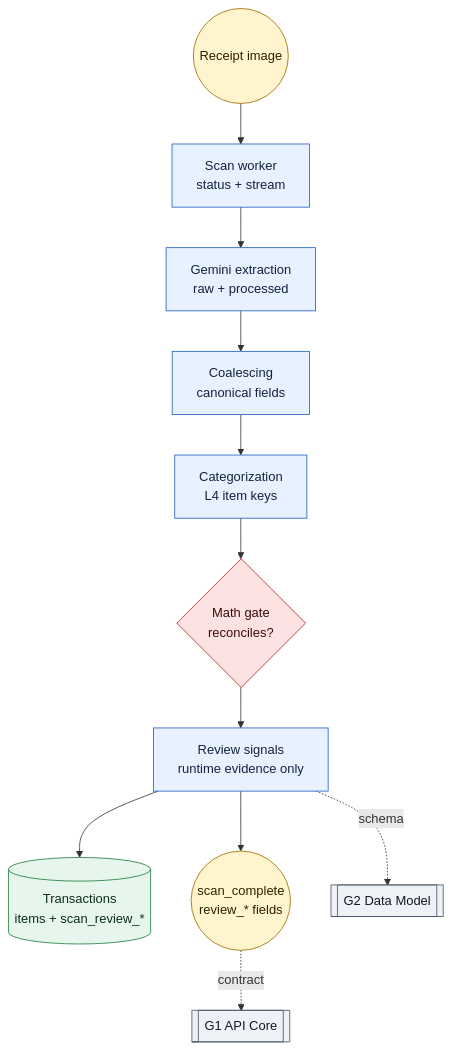
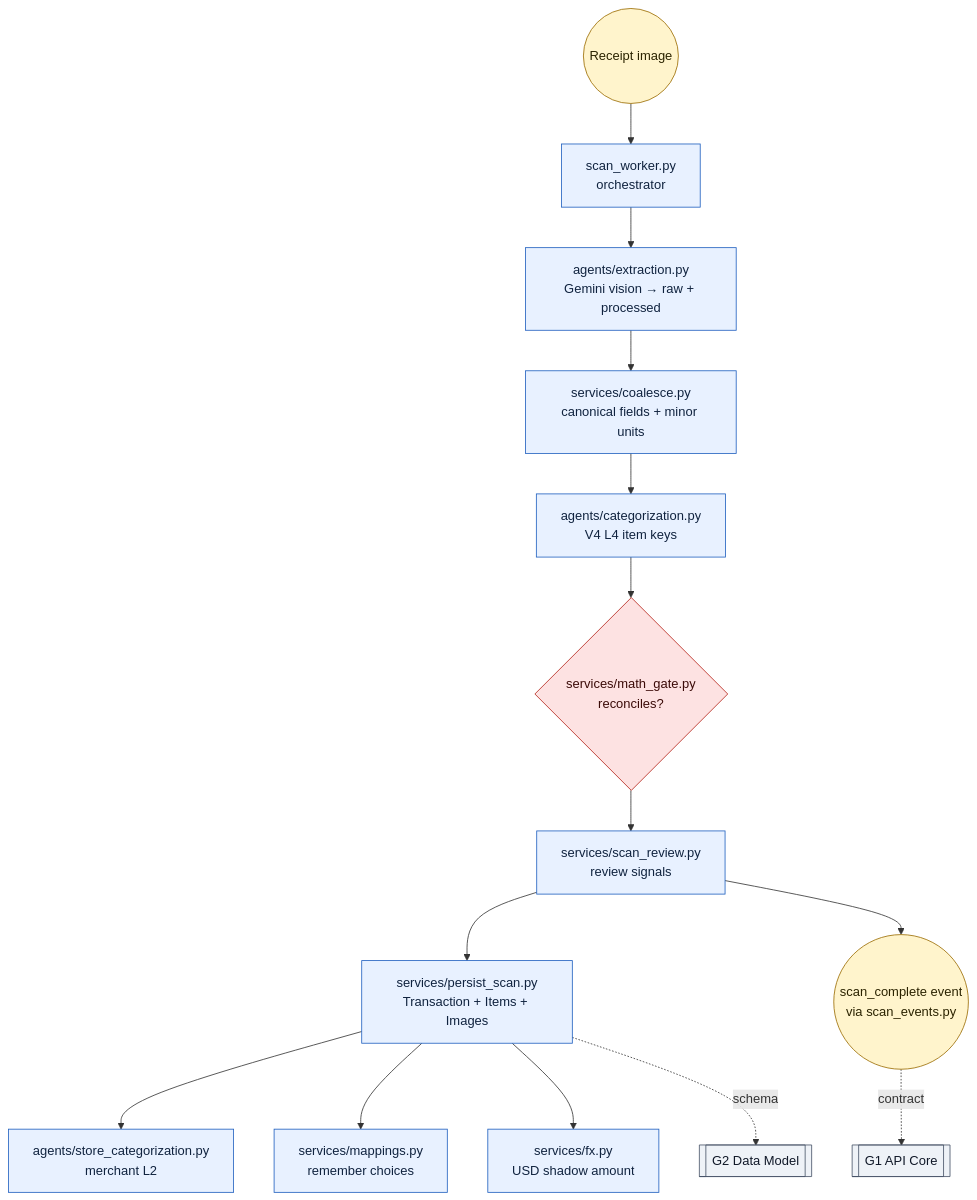
Before and after one commit to Brownbull/gastify: the first of 2 diagrams in docs/wells/4-scan-pipeline.md, drawn with Mermaid. The commit also changed other lines of this file and 8 other files, not shown here.

````diff
--- a/docs/wells/4-scan-pipeline.md
+++ b/docs/wells/4-scan-pipeline.md
@@ -40,24 +117,27 @@
 ```mermaid
 flowchart TD
-  upload(("Receipt image")) --> worker["Scan worker<br/>status + stream"]
-  worker --> extract["Gemini extraction<br/>raw + processed"]
-  extract --> coalesce["Coalescing<br/>canonical fields"]
-  coalesce --> categorize["Categorization<br/>L4 item keys"]
-  categorize --> math{"Math gate<br/>reconciles?"}
-  math --> signals["Review signals<br/>runtime evidence only"]
-  signals --> persist[(Transactions<br/>items + scan_review_*)]
-  signals --> complete(("scan_complete<br/>review_* fields"))
-  signals -. schema .-> g2[["G2 Data Model"]]
-  complete -. contract .-> g1[["G1 API Core"]]
+  upload(("Receipt image")) --> worker["scan_worker.py<br/>orchestrator"]
+  worker --> extract["agents/extraction.py<br/>Gemini vision → raw + processed"]
+  extract --> coalesce["services/coalesce.py<br/>canonical fields + minor units"]
+  coalesce --> categorize["agents/categorization.py<br/>V4 L4 item keys"]
+  categorize --> math{"services/math_gate.py<br/>reconciles?"}
+  math --> signals["services/scan_review.py<br/>review signals"]
+  signals --> persist["services/persist_scan.py<br/>Transaction + Items + Images"]
+  persist --> store_cat["agents/store_categorization.py<br/>merchant L2"]
+  persist --> mappings["services/mappings.py<br/>remember choices"]
+  persist --> fx["services/fx.py<br/>USD shadow amount"]
+  signals --> complete(("scan_complete event<br/>via scan_events.py"))
+
+  complete -.->|"contract"| g1[["G1 API Core"]]
+  persist -.->|"schema"| g2[["G2 Data Model"]]
 
   classDef input fill:#fff4cc,stroke:#9a6b00,color:#2b2300;
   classDef process fill:#e8f1ff,stroke:#1f5fbf,color:#10233f;
   classDef decision fill:#fde2e2,stroke:#b42318,color:#3b0b08;
   classDef store fill:#e7f6ec,stroke:#1f7a3f,color:#0b2f18;
   classDef contract fill:#eef2f7,stroke:#475467,color:#101828;
   class upload,complete input;
-  class worker,extract,coalesce,categorize,signals process;
+  class worker,extract,coalesce,categorize,signals,persist,store_cat,mappings,fx process;
   class math decision;
-  class persist store;
   class g1,g2 contract;
 ```
````
